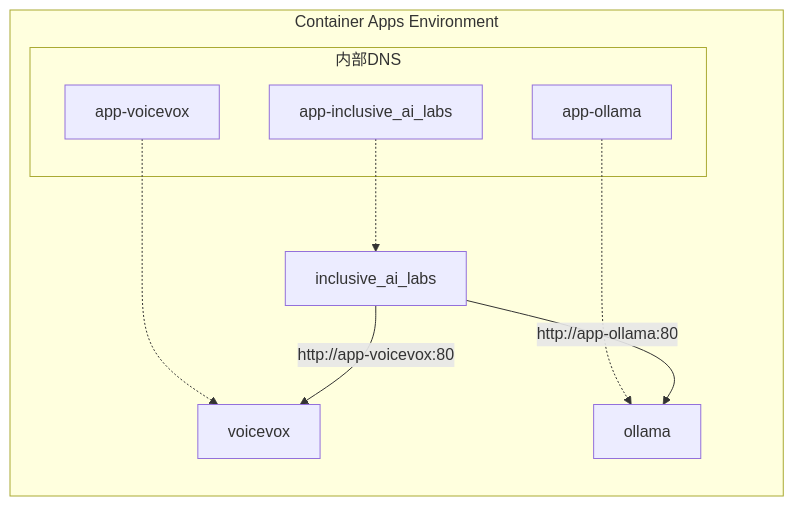
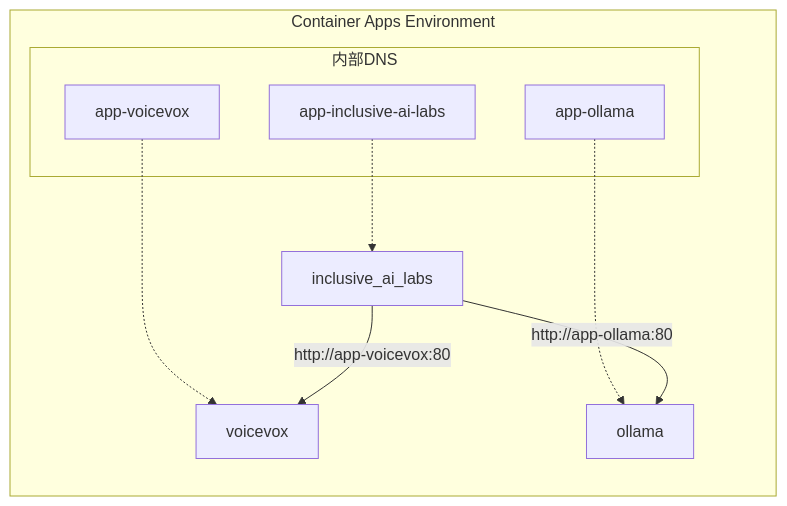
Before and after one commit to ks6088ts/template-terraform: the seventh of 12 diagrams in infra/scenarios/inclusive_ai_labs/README.md, drawn with Mermaid. The commit also changed other lines of this file and 1 other file, not shown here.

````diff
--- a/infra/scenarios/inclusive_ai_labs/README.md
+++ b/infra/scenarios/inclusive_ai_labs/README.md
@@ -254,23 +254,23 @@
 ```mermaid
 flowchart TB
     subgraph CAE["Container Apps Environment"]
         direction TB
 
         subgraph DNS["内部DNS"]
-            D1["app-inclusive_ai_labs"]
+            D1["app-inclusive-ai-labs"]
             D2["app-voicevox"]
             D3["app-ollama"]
         end
 
         IAL["inclusive_ai_labs"]
         VV["voicevox"]
         OL["ollama"]
 
         D1 -.-> IAL
         D2 -.-> VV
         D3 -.-> OL
     end
 
     IAL -->|"http://app-voicevox:80"| VV
     IAL -->|"http://app-ollama:80"| OL
 ```
````
